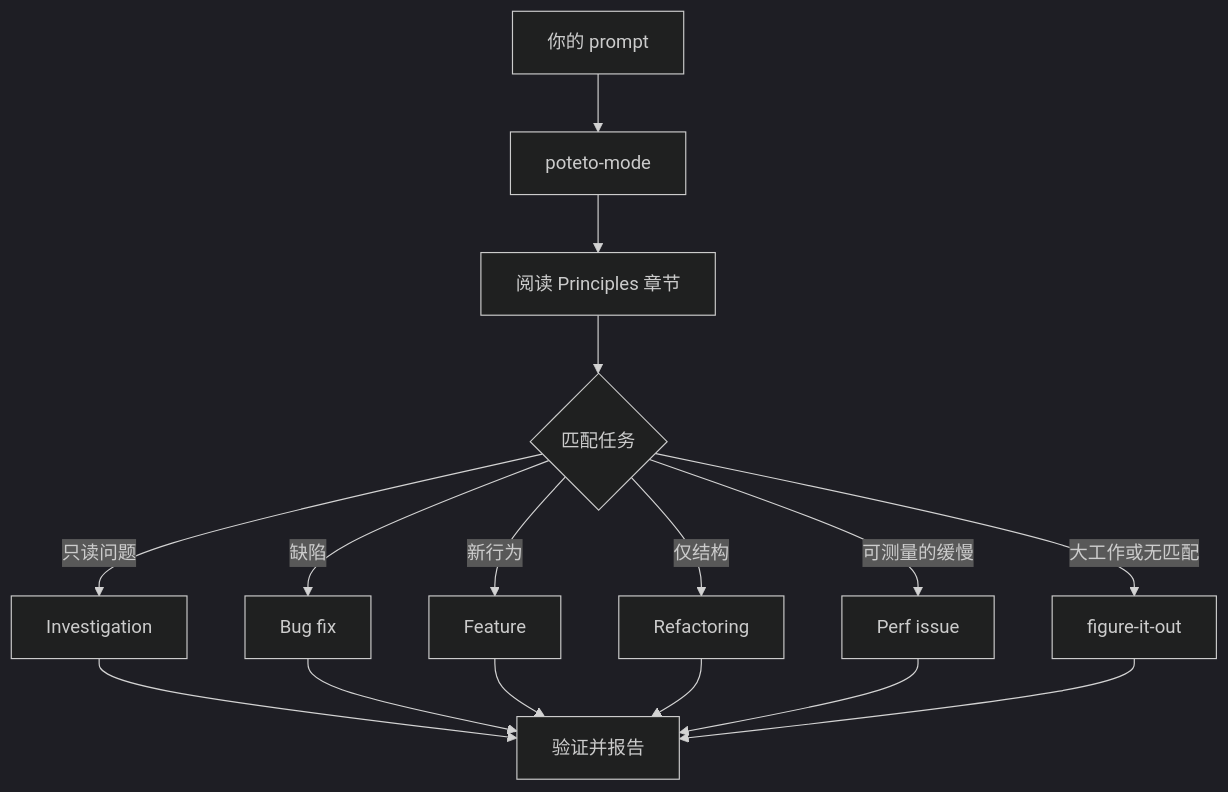
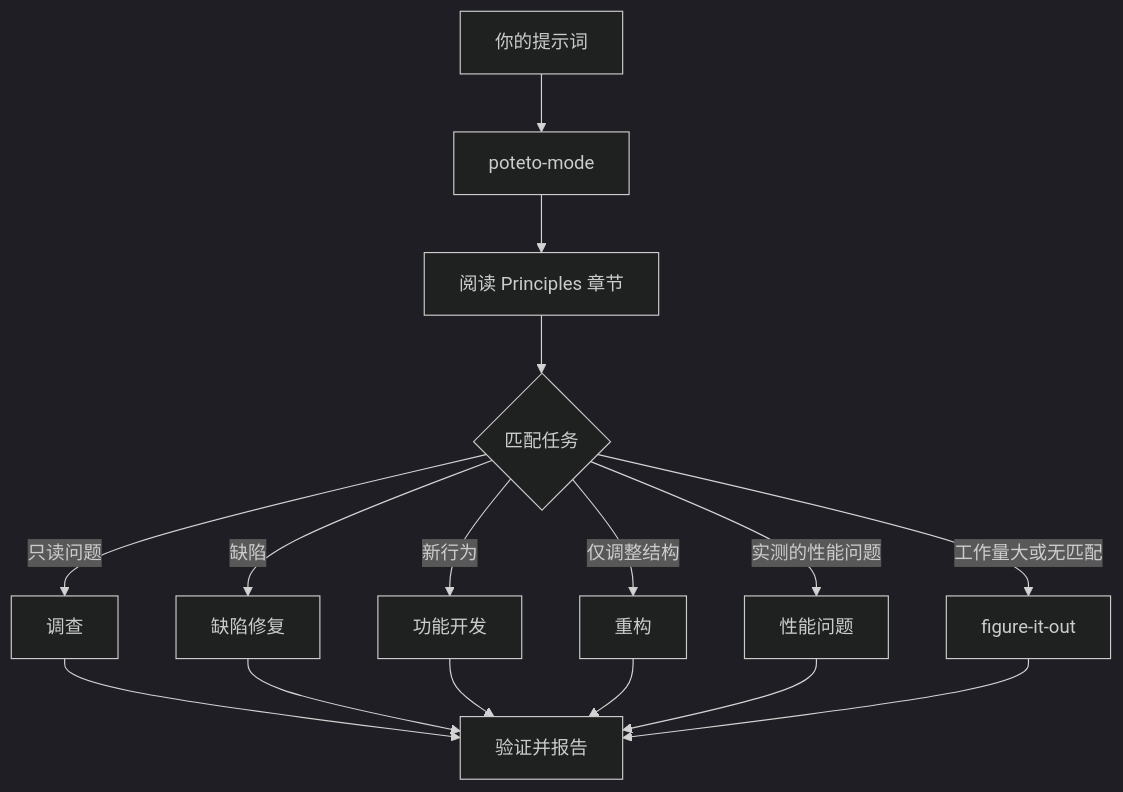
Before and after one commit to Mummy951/cursor-plugins: the diagram in pstack/docs/guide/02-poteto-mode_cn.md, drawn with Mermaid (dark theme). The commit also changed other lines of this file and 10 other files, not shown here.

````diff
--- a/pstack/docs/guide/02-poteto-mode_cn.md
+++ b/pstack/docs/guide/02-poteto-mode_cn.md
@@ -9,18 +9,18 @@
 ```mermaid
 flowchart TD
-    A[你的 prompt] --> B[poteto-mode]
+    A[你的提示词] --> B[poteto-mode]
     B --> C[阅读 Principles 章节]
     C --> D{匹配任务}
-    D -->|只读问题| E[Investigation]
-    D -->|缺陷| F[Bug fix]
-    D -->|新行为| G[Feature]
-    D -->|仅结构| H[Refactoring]
-    D -->|可测量的缓慢| I[Perf issue]
-    D -->|大工作或无匹配| J[figure-it-out]
+    D -->|只读问题| E[调查]
+    D -->|缺陷| F[缺陷修复]
+    D -->|新行为| G[功能开发]
+    D -->|仅调整结构| H[重构]
+    D -->|实测的性能问题| I[性能问题]
+    D -->|工作量大或无匹配| J[figure-it-out]
     E --> K[验证并报告]
     F --> K
     G --> K
     H --> K
     I --> K
     J --> K
 ```
````
